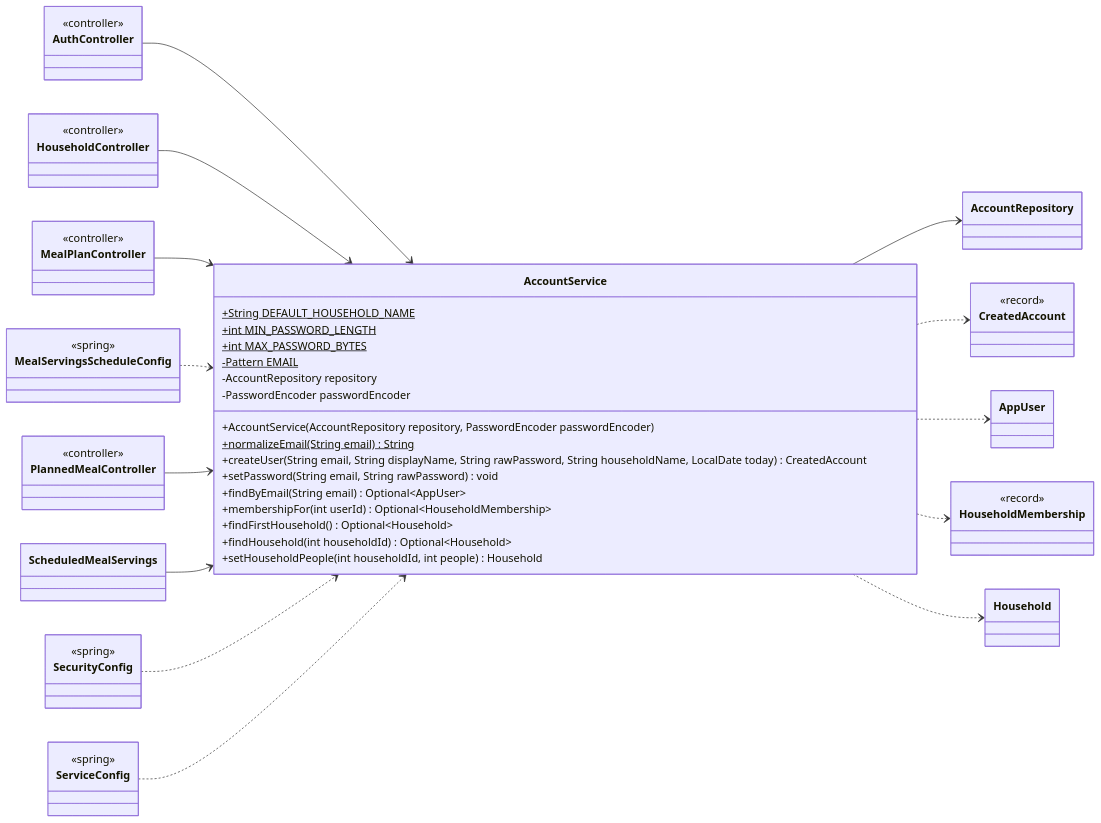
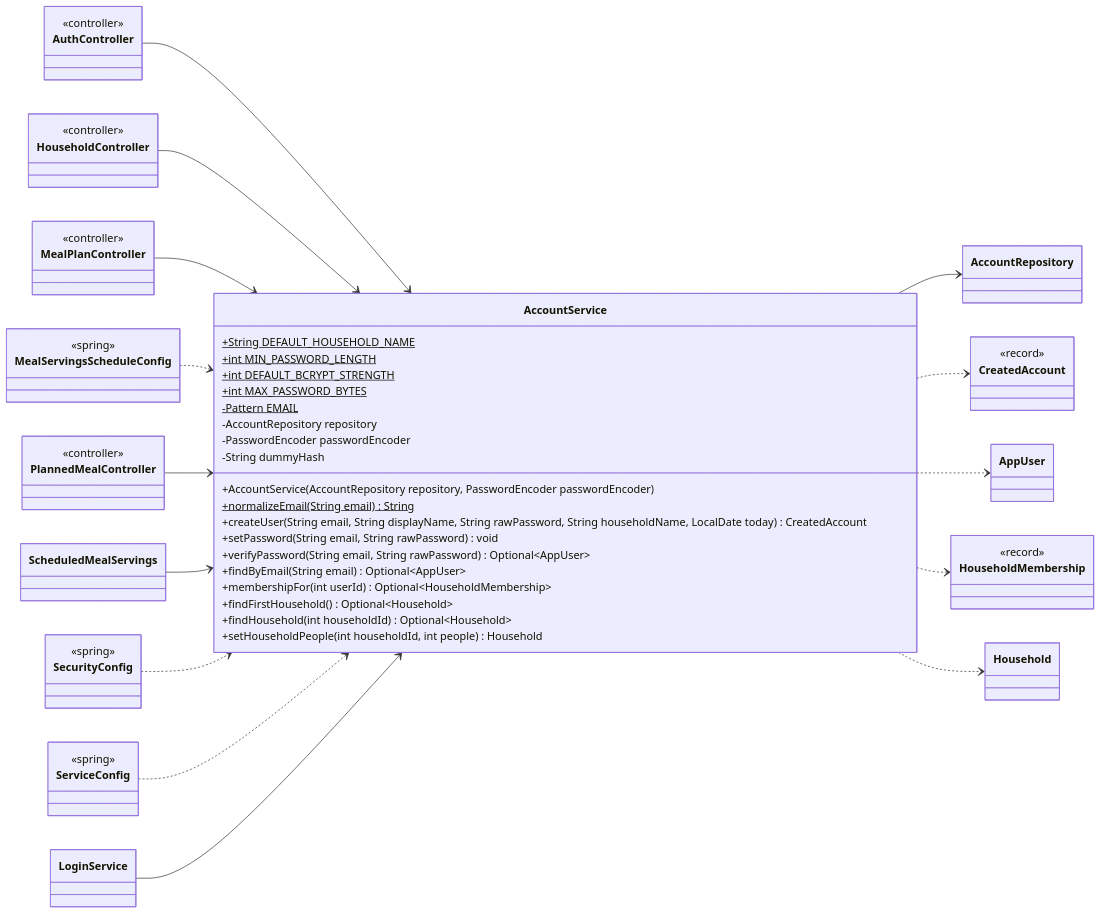
One commit to Nate-ryan-7690/dahaem changed the third of 15 diagrams in docs/classes/auth.md. Above: the diagram before and after it, drawn with Mermaid. The commit also changed other lines of this file and 4 other files, not shown here.

````diff
--- a/docs/classes/auth.md
+++ b/docs/classes/auth.md
@@ -130,65 +150,70 @@
 ```mermaid
 classDiagram
     direction LR
     class auth_AccountService["AccountService"] {
         +String DEFAULT_HOUSEHOLD_NAME$
         +int MIN_PASSWORD_LENGTH$
+        +int DEFAULT_BCRYPT_STRENGTH$
         +int MAX_PASSWORD_BYTES$
         -Pattern EMAIL$
         -AccountRepository repository
         -PasswordEncoder passwordEncoder
         +AccountService(AccountRepository repository, PasswordEncoder passwordEncoder)
         +normalizeEmail(String email) String$
         +createUser(String email, String displayName, String rawPassword, String householdName, LocalDate today) CreatedAccount
         +setPassword(String email, String rawPassword) void
+        -String dummyHash
+        +verifyPassword(String email, String rawPassword) Optional~AppUser~
         +findByEmail(String email) Optional~AppUser~
         +membershipFor(int userId) Optional~HouseholdMembership~
         +findFirstHousehold() Optional~Household~
         +findHousehold(int householdId) Optional~Household~
         +setHouseholdPeople(int householdId, int people) Household
     }
     class auth_AccountRepository["AccountRepository"]
     class api_AuthController["AuthController"] {
         <<controller>>
     }
     class api_HouseholdController["HouseholdController"] {
         <<controller>>
     }
     class api_MealPlanController["MealPlanController"] {
         <<controller>>
     }
     class api_PlannedMealController["PlannedMealController"] {
         <<controller>>
     }
     class api_ScheduledMealServings["ScheduledMealServings"]
+    class auth_LoginService["LoginService"]
     class auth_CreatedAccount["CreatedAccount"] {
         <<record>>
     }
     class auth_AppUser["AppUser"]
     class auth_HouseholdMembership["HouseholdMembership"] {
         <<record>>
     }
     class auth_Household["Household"]
     class api_MealServingsScheduleConfig["MealServingsScheduleConfig"] {
         <<spring>>
     }
     class api_SecurityConfig["SecurityConfig"] {
         <<spring>>
     }
     class api_ServiceConfig["ServiceConfig"] {
         <<spring>>
     }
     auth_AccountService --> auth_AccountRepository
     auth_AccountService ..> auth_CreatedAccount
     auth_AccountService ..> auth_AppUser
     auth_AccountService ..> auth_HouseholdMembership
     auth_AccountService ..> auth_Household
     api_AuthController --> auth_AccountService
     api_HouseholdController --> auth_AccountService
     api_MealPlanController --> auth_AccountService
     api_MealServingsScheduleConfig ..> auth_AccountService
     api_PlannedMealController --> auth_AccountService
     api_ScheduledMealServings --> auth_AccountService
     api_SecurityConfig ..> auth_AccountService
     api_ServiceConfig ..> auth_AccountService
+    auth_LoginService --> auth_AccountService
 ```
````
